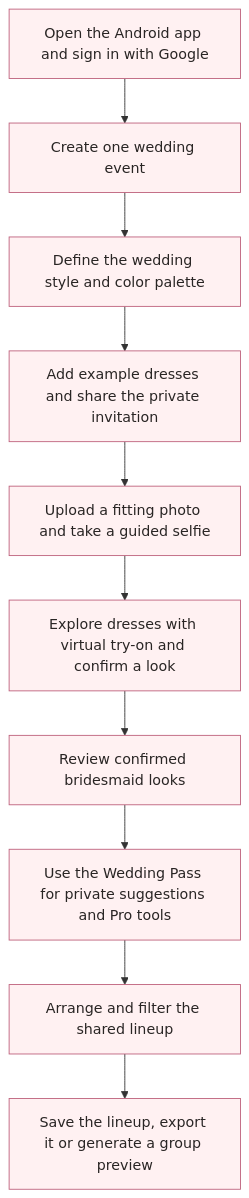
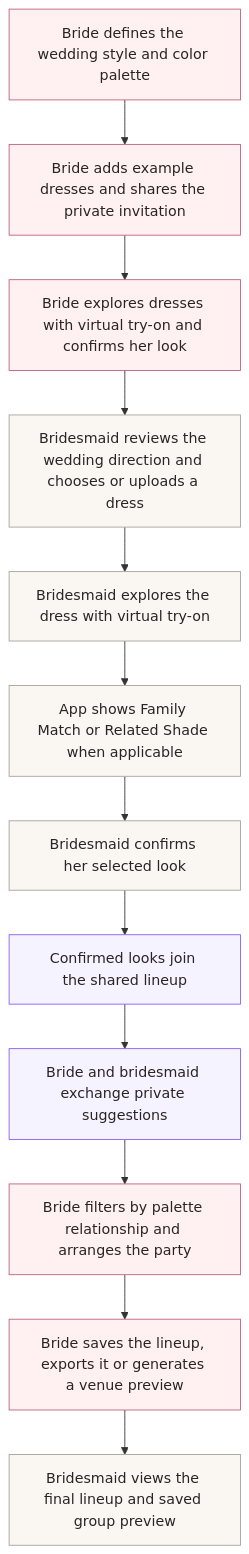
Before and after one commit to areebaaqeel-dot/vows-vibes: the diagram in README.md, drawn with Mermaid. The commit also changed other lines of this file, not shown here.

Commit message:
docs: simplify the vertical user workflow

````diff
--- a/README.md
+++ b/README.md
@@ -19,16 +17,22 @@
 ```mermaid
 flowchart TB
-  B1["Open the Android app and sign in with Google"]
-  B1 --> B2["Create one wedding event"]
-  B2 --> B3["Define the wedding style and color palette"]
-  B3 --> B4["Add example dresses and share the private invitation"]
-  B4 --> B5["Upload a fitting photo and take a guided selfie"]
-  B5 --> B6["Explore dresses with virtual try-on and confirm a look"]
-  B6 --> B7["Review confirmed bridesmaid looks"]
-  B7 --> B8["Use the Wedding Pass for private suggestions and Pro tools"]
-  B8 --> B9["Arrange and filter the shared lineup"]
-  B9 --> B10["Save the lineup, export it or generate a group preview"]
+  B1["Bride defines the wedding style and color palette"]
+  B1 --> B2["Bride adds example dresses and shares the private invitation"]
+  B2 --> B3["Bride explores dresses with virtual try-on and confirms her look"]
+  B3 --> M1["Bridesmaid reviews the wedding direction and chooses or uploads a dress"]
+  M1 --> M2["Bridesmaid explores the dress with virtual try-on"]
+  M2 --> M3["App shows Family Match or Related Shade when applicable"]
+  M3 --> M4["Bridesmaid confirms her selected look"]
+  M4 --> S1["Confirmed looks join the shared lineup"]
+  S1 --> S2["Bride and bridesmaid exchange private suggestions"]
+  S2 --> B4["Bride filters by palette relationship and arranges the party"]
+  B4 --> B5["Bride saves the lineup, exports it or generates a venue preview"]
+  B5 --> M5["Bridesmaid views the final lineup and saved group preview"]
 
   classDef bride fill:#fff1f2,stroke:#be617c,color:#292524;
-  class B1,B2,B3,B4,B5,B6,B7,B8,B9,B10 bride;
+  classDef bridesmaid fill:#faf7f2,stroke:#a8a29e,color:#292524;
+  classDef shared fill:#f5f3ff,stroke:#8b5cf6,color:#292524;
+  class B1,B2,B3,B4,B5 bride;
+  class M1,M2,M3,M4,M5 bridesmaid;
+  class S1,S2 shared;
 ```
````
